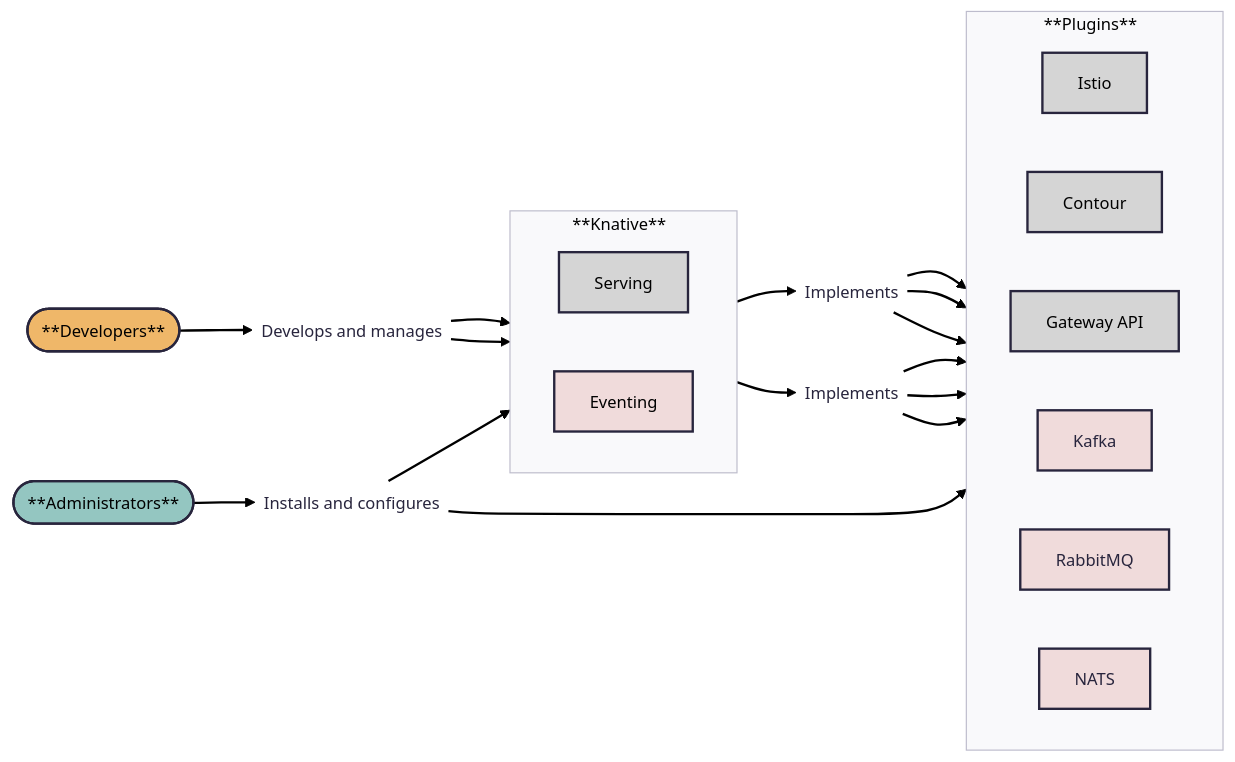
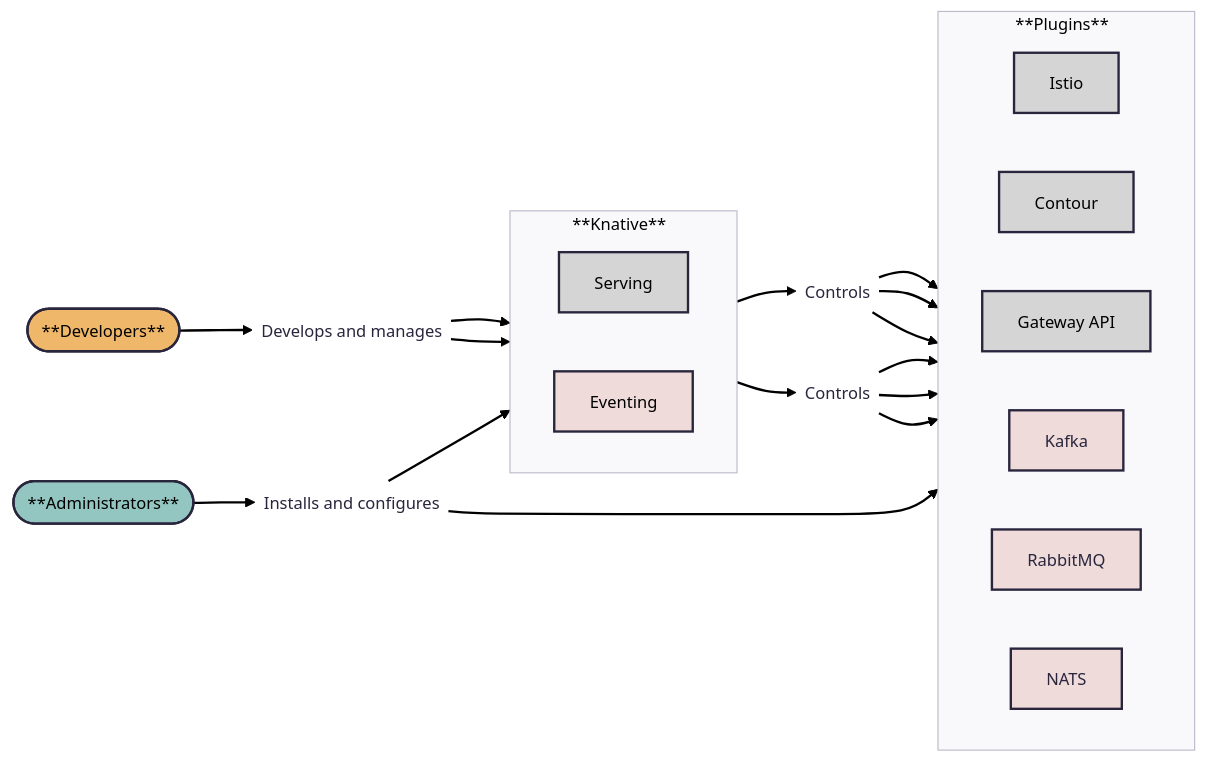
Before and after one commit to knative/docs: the diagram in docs/versioned/admin/admin-overview.md, drawn with Mermaid.

Commit message:
Update admin-overview.md
mermaid testing

````diff
--- a/docs/versioned/admin/admin-overview.md
+++ b/docs/versioned/admin/admin-overview.md
@@ -14,52 +14,52 @@
 ```mermaid
 ---
 config:
   theme: redux
   layout: dagre
   look: classic
 ---
 flowchart LR
  subgraph Knative["**Knative**&nbsp;&nbsp;"]
     direction LR
         Serving["Serving"]
         Eventing["Eventing"]
   end
  subgraph Plugins["**Plugins**&nbsp;&nbsp;"]
     direction LR
         net-istio["Istio"]
         net-contour["Contour"]
         net-gateway-api["Gateway API"]
         event-kafka["Kafka"]
         event-rabbitmq["RabbitMQ"]
         event-nats["NATS"]
   end
     Dev(["**Developers**"]) --> dev-acts["Develops and manages"]
     dev-acts --> Serving & Eventing
     Admin(["**Administrators**"]) --> admin-acts["Installs and configures"]
     admin-acts --> Knative & Plugins
-    Serving --> net-impl["Implements"]
+    Serving --> net-impl["Controls"]
     net-impl --> net-istio & net-contour & net-gateway-api
-    Eventing --> event-impl["Implements"]
+    Eventing --> event-impl["Controls"]
     event-impl --> event-kafka & event-rabbitmq & event-nats
     dev-acts@{ shape: text}
     admin-acts@{ shape: text}
     net-impl@{ shape: text}
     event-impl@{ shape: text}
     style Serving fill:#D5D5D5,color:#000000
     style Eventing fill:#F0DBDB,color:#000000
     style net-istio fill:#D5D5D5,color:#000000
     style net-contour fill:#D5D5D5,color:#000000
     style net-gateway-api fill:#D5D5D5,color:#000000
     style event-kafka fill:#F0DBDB
     style event-rabbitmq fill:#F0DBDB
     style event-nats fill:#F0DBDB
     style Dev fill:#EFB769,color:#000000
     style dev-acts fill:transparent
     style Admin fill:#94C6C1,color:#000000
     style admin-acts fill:transparent
     style Knative text-align: left
     style Plugins text-align: left
     style net-impl fill:transparent
     style event-impl fill:transparent
 
 ```
````
